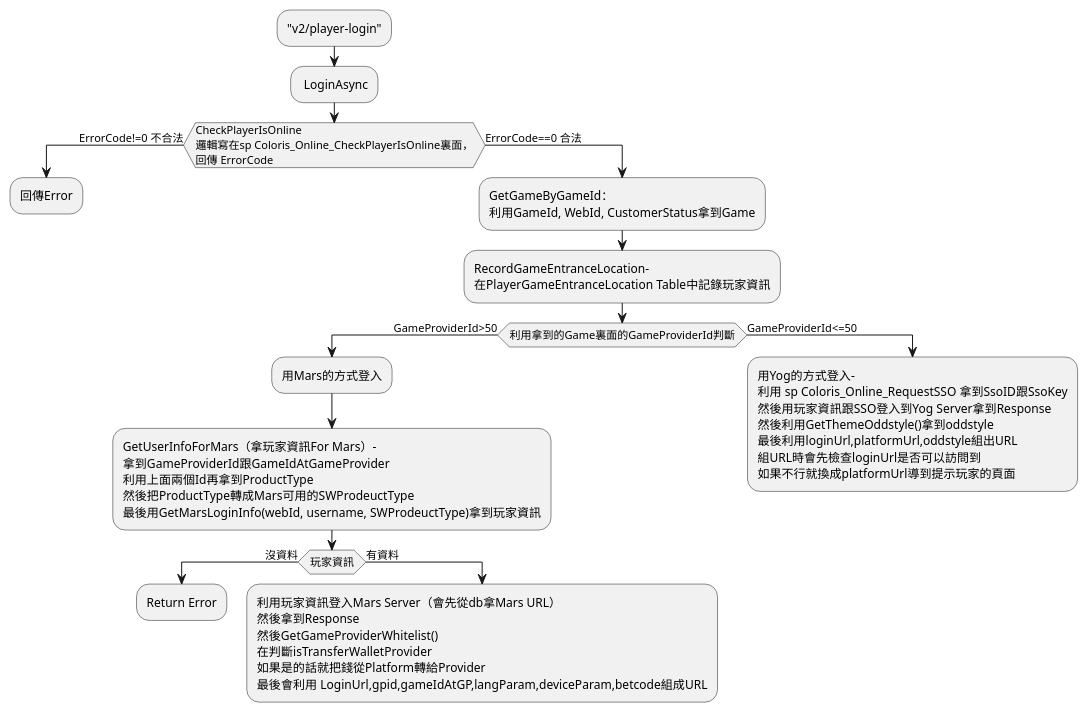
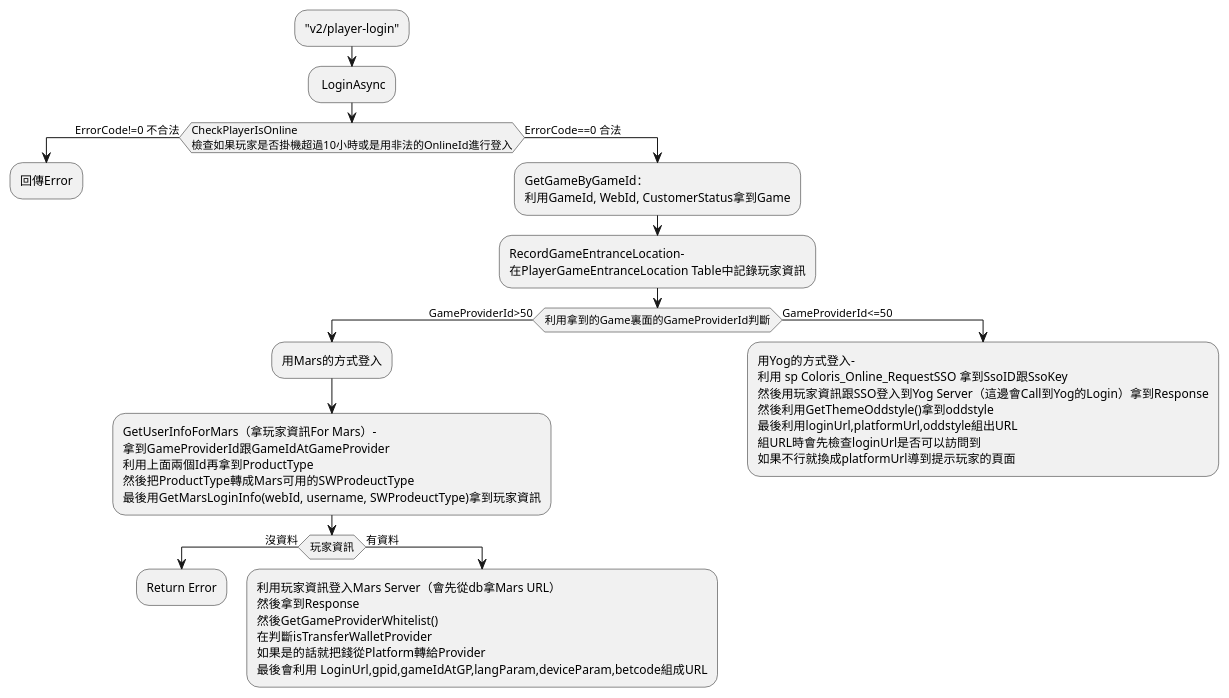
One commit to justinzhang528/uml changed the diagram in Coloris_Player_Login.plantuml. Above: the diagram before and after it, drawn with PlantUML. The commit also changed 20 other files, not shown here.

```diff
--- a/Coloris_Player_Login.plantuml
+++ b/Coloris_Player_Login.plantuml
@@ -1,47 +1,46 @@
 @startuml
 
 :"v2/player-login";
 : LoginAsync; 
 if (CheckPlayerIsOnline
-邏輯寫在sp Coloris_Online_CheckPlayerIsOnline裏面，
-回傳 ErrorCode) then (ErrorCode!=0 不合法)
+檢查如果玩家是否掛機超過10小時或是用非法的OnlineId進行登入) then (ErrorCode!=0 不合法)
   :回傳Error;
   kill
 else (ErrorCode==0 合法)
   :GetGameByGameId：
   利用GameId, WebId, CustomerStatus拿到Game;
   :RecordGameEntranceLocation-
   在PlayerGameEntranceLocation Table中記錄玩家資訊;
   if (利用拿到的Game裏面的GameProviderId判斷) then (GameProviderId>50)
     :用Mars的方式登入;
     :GetUserInfoForMars（拿玩家資訊For Mars）-
     拿到GameProviderId跟GameIdAtGameProvider
     利用上面兩個Id再拿到ProductType
     然後把ProductType轉成Mars可用的SWProdeuctType
     最後用GetMarsLoginInfo(webId, username, SWProdeuctType)拿到玩家資訊;
     if (玩家資訊) then (沒資料)
       :Return Error;
       kill
     else (有資料)
       :利用玩家資訊登入Mars Server（會先從db拿Mars URL）
       然後拿到Response
       然後GetGameProviderWhitelist()
       在判斷isTransferWalletProvider
       如果是的話就把錢從Platform轉給Provider
       最後會利用 LoginUrl,gpid,gameIdAtGP,langParam,deviceParam,betcode組成URL;
       kill
     endif
   else (GameProviderId<=50)
     :用Yog的方式登入-
     利用 sp Coloris_Online_RequestSSO 拿到SsoID跟SsoKey
-    然後用玩家資訊跟SSO登入到Yog Server拿到Response
+    然後用玩家資訊跟SSO登入到Yog Server（這邊會Call到Yog的Login）拿到Response
     然後利用GetThemeOddstyle()拿到oddstyle
     最後利用loginUrl,platformUrl,oddstyle組出URL
     組URL時會先檢查loginUrl是否可以訪問到
     如果不行就換成platformUrl導到提示玩家的頁面;
     kill
   endif
 endif
 
 
 @enduml
```
